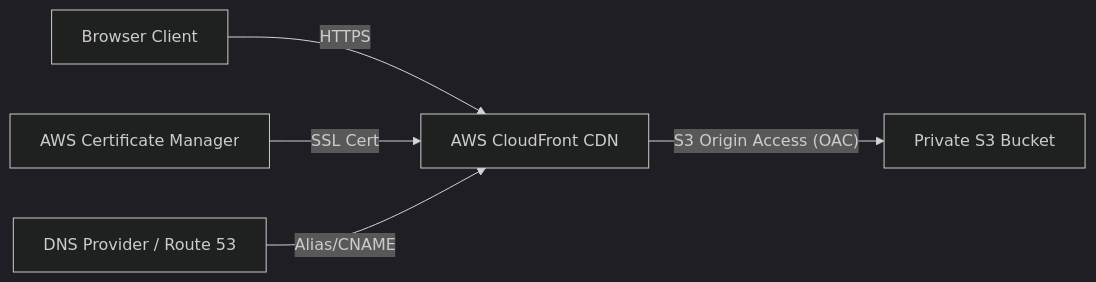
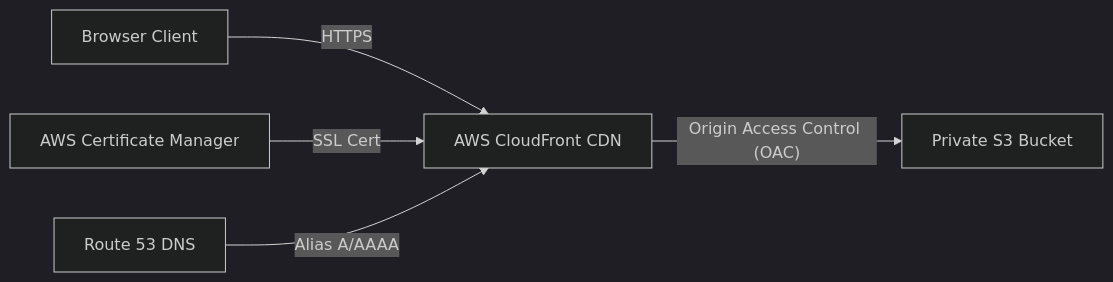
Before and after one commit to Kumar2106/Portfolio: the diagram in deployment_guide.md, drawn with Mermaid (dark theme). The commit also changed other lines of this file and 36 other files, not shown here.

````diff
--- a/deployment_guide.md
+++ b/deployment_guide.md
@@ -8,7 +9,7 @@
 ```mermaid
 graph LR
     User[Browser Client] -- HTTPS --> CF[AWS CloudFront CDN]
-    CF -- S3 Origin Access (OAC) --> S3[Private S3 Bucket]
+    CF -- Origin Access Control (OAC) --> S3[Private S3 Bucket]
     ACM[AWS Certificate Manager] -- SSL Cert --> CF
-    DNS[DNS Provider / Route 53] -- Alias/CNAME --> CF
+    DNS[Route 53 DNS] -- Alias A/AAAA --> CF
 ```
````
